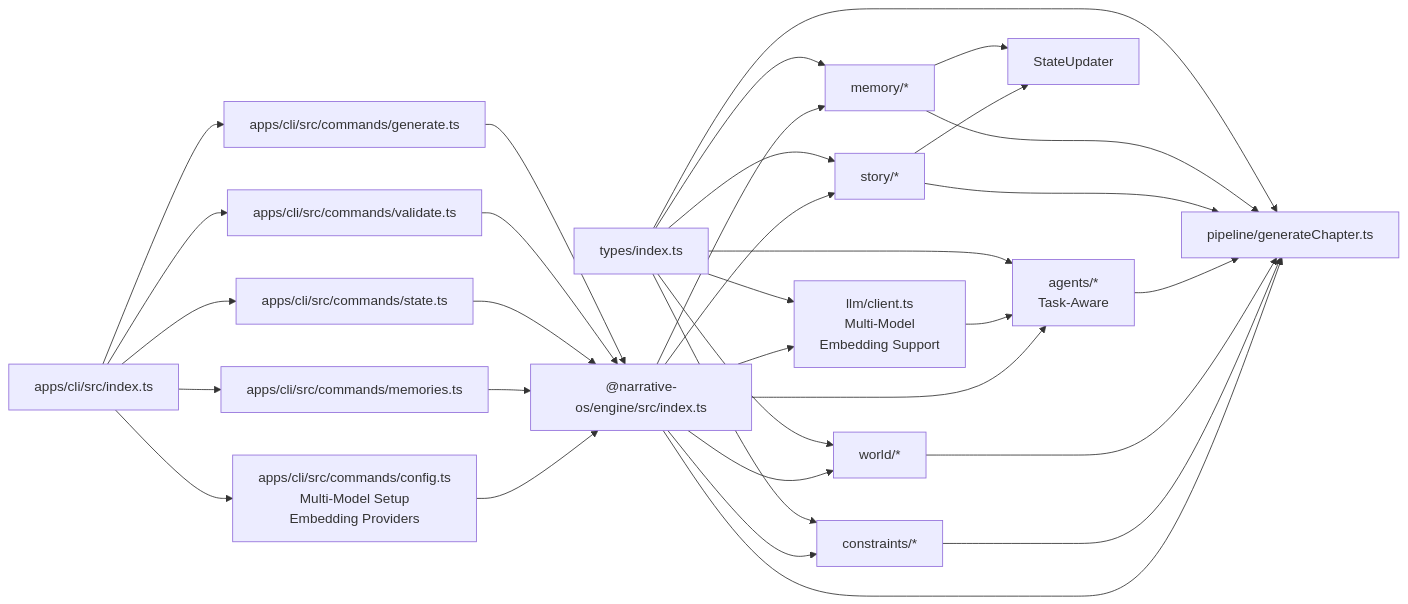
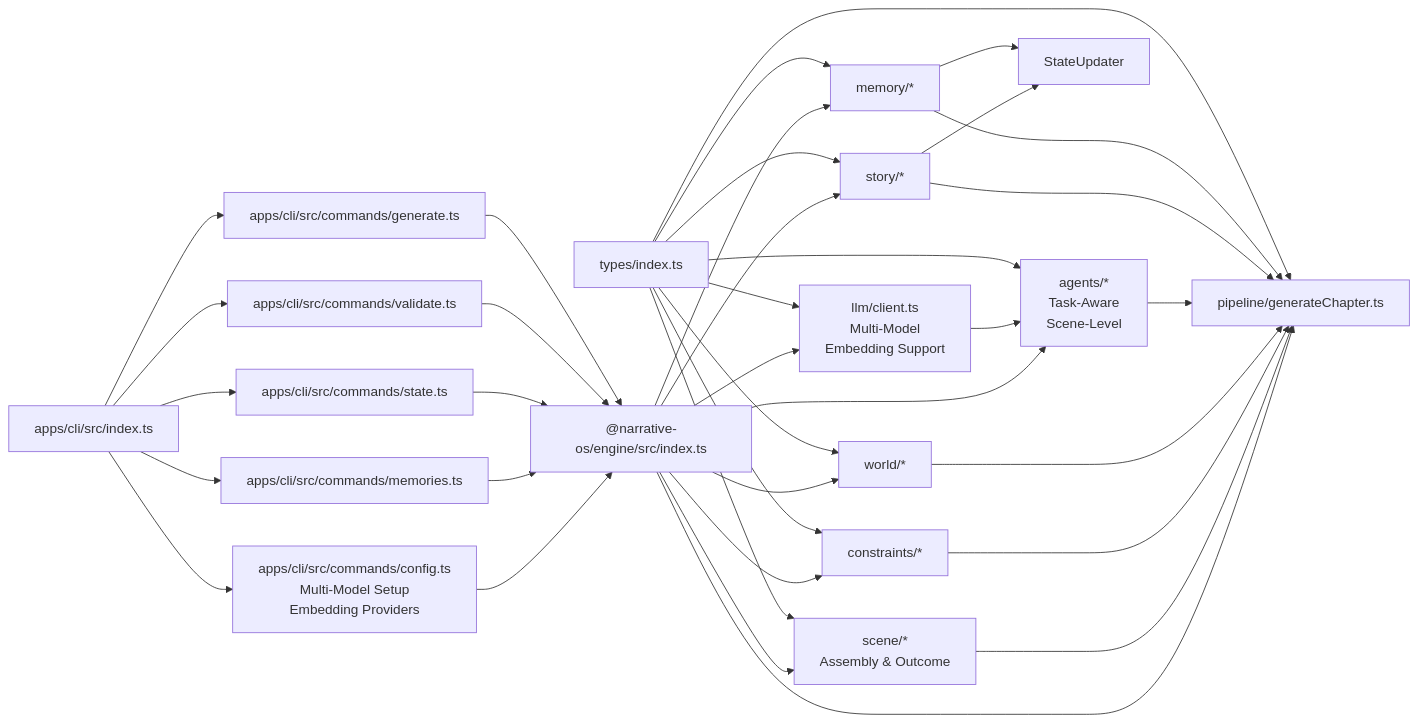
Diagram 18 of 18 in .qoder/repowiki/en/content/Engine Architecture/Engine Architecture.md (liwonder/NARRITIVE_OS), drawn with Mermaid before and after one commit. The commit also changed other lines of this file and 5 other files, not shown here.

````diff
--- a/.qoder/repowiki/en/content/Engine Architecture/Engine Architecture.md
+++ b/.qoder/repowiki/en/content/Engine Architecture/Engine Architecture.md
@@ -838,35 +1117,38 @@
 ```mermaid
 graph LR
 Types["types/index.ts"] --> LLM["llm/client.ts<br/>Multi-Model<br/>Embedding Support"]
 Types --> Memory["memory/*"]
 Types --> Pipeline["pipeline/generateChapter.ts"]
 Types --> Story["story/*"]
-Types --> Agents["agents/*<br/>Task-Aware"]
+Types --> Agents["agents/*<br/>Task-Aware<br/>Scene-Level"]
 Types --> World["world/*"]
 Types --> Constraints["constraints/*"]
+Types --> Scene["scene/*<br/>Assembly & Outcome"]
 LLM --> Agents
 Memory --> Pipeline
 Memory --> StateUpdater
 Story --> Pipeline
 Story --> StateUpdater
 Agents --> Pipeline
 World --> Pipeline
 Constraints --> Pipeline
+Scene --> Pipeline
 CLI_Index["apps/cli/src/index.ts"] --> CLI_Gen["apps/cli/src/commands/generate.ts"]
 CLI_Index --> CLI_Validate["apps/cli/src/commands/validate.ts"]
 CLI_Index --> CLI_State["apps/cli/src/commands/state.ts"]
 CLI_Index --> CLI_Memories["apps/cli/src/commands/memories.ts"]
 CLI_Index --> CLI_Config["apps/cli/src/commands/config.ts<br/>Multi-Model Setup<br/>Embedding Providers"]
 CLI_Gen --> Engine_Index["@narrative-os/engine/src/index.ts"]
 CLI_Validate --> Engine_Index
 CLI_State --> Engine_Index
 CLI_Memories --> Engine_Index
 CLI_Config --> Engine_Index
 Engine_Index --> Pipeline
 Engine_Index --> Agents
 Engine_Index --> Memory
 Engine_Index --> Story
 Engine_Index --> LLM
 Engine_Index --> World
 Engine_Index --> Constraints
+Engine_Index --> Scene
 ```
````
